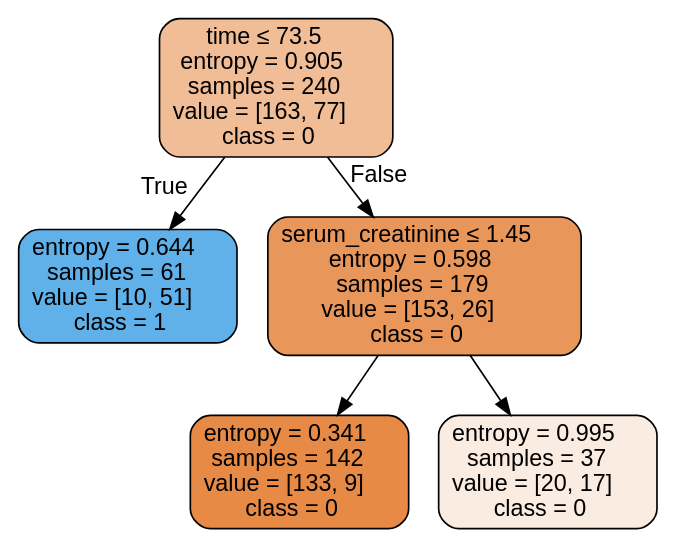
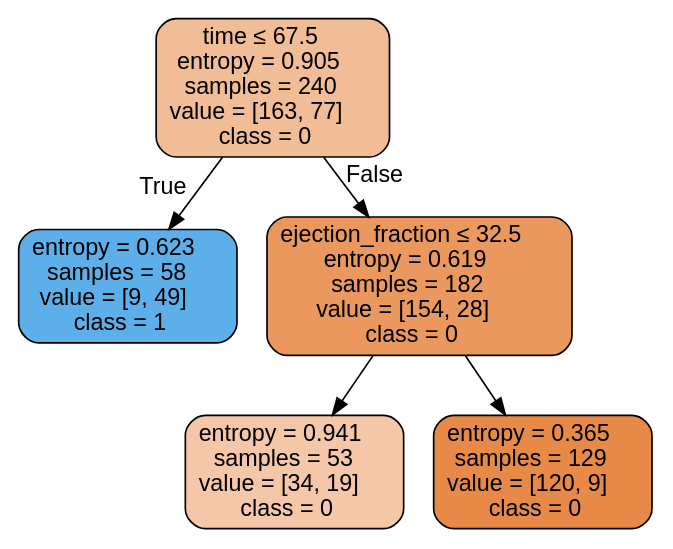
Before and after one commit to isabelSoares/CD-2021: the diagram in Labs/NewClassifiers/Results/DecisionTrees/Original/ - No Outliers & Feature Selection/HFCR - Original - dtree.dot, drawn with Graphviz. The commit also changed 275 other files, not shown here.

```diff
--- a/Labs/NewClassifiers/Results/DecisionTrees/Original/ - No Outliers & Feature Selection/HFCR - Original - dtree.dot
+++ b/Labs/NewClassifiers/Results/DecisionTrees/Original/ - No Outliers & Feature Selection/HFCR - Original - dtree.dot
@@ -1,13 +1,13 @@
 digraph Tree {
 node [shape=box, style="filled, rounded", color="black", fontname=helvetica] ;
 edge [fontname=helvetica] ;
-0 [label=<time &le; 73.5<br/>entropy = 0.905<br/>samples = 240<br/>value = [163, 77]<br/>class = 0>, fillcolor="#f1bd97"] ;
-1 [label=<entropy = 0.644<br/>samples = 61<br/>value = [10, 51]<br/>class = 1>, fillcolor="#60b0ea"] ;
+0 [label=<time &le; 67.5<br/>entropy = 0.905<br/>samples = 240<br/>value = [163, 77]<br/>class = 0>, fillcolor="#f1bd97"] ;
+1 [label=<entropy = 0.623<br/>samples = 58<br/>value = [9, 49]<br/>class = 1>, fillcolor="#5dafea"] ;
 0 -> 1 [labeldistance=2.5, labelangle=45, headlabel="True"] ;
-2 [label=<serum_creatinine &le; 1.45<br/>entropy = 0.598<br/>samples = 179<br/>value = [153, 26]<br/>class = 0>, fillcolor="#e9965b"] ;
+2 [label=<ejection_fraction &le; 32.5<br/>entropy = 0.619<br/>samples = 182<br/>value = [154, 28]<br/>class = 0>, fillcolor="#ea985d"] ;
 0 -> 2 [labeldistance=2.5, labelangle=-45, headlabel="False"] ;
-3 [label=<entropy = 0.341<br/>samples = 142<br/>value = [133, 9]<br/>class = 0>, fillcolor="#e78a46"] ;
+3 [label=<entropy = 0.941<br/>samples = 53<br/>value = [34, 19]<br/>class = 0>, fillcolor="#f4c7a8"] ;
 2 -> 3 ;
-4 [label=<entropy = 0.995<br/>samples = 37<br/>value = [20, 17]<br/>class = 0>, fillcolor="#fbece1"] ;
+4 [label=<entropy = 0.365<br/>samples = 129<br/>value = [120, 9]<br/>class = 0>, fillcolor="#e78a48"] ;
 2 -> 4 ;
 }
```
